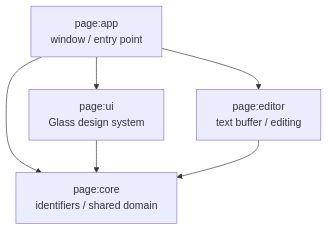
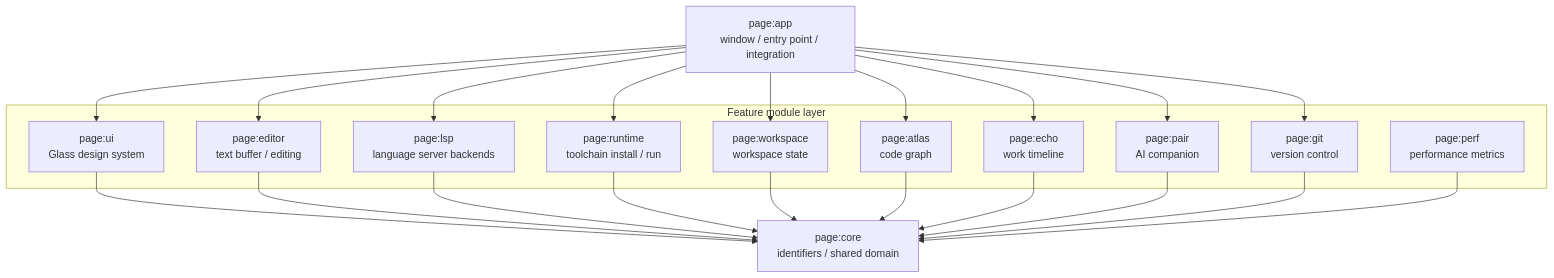
Before and after one commit to Monkshark/PAGE_IDE: the diagram in README_en.md, drawn with Mermaid. The commit also changed other lines of this file and 1 other file, not shown here.

````diff
--- a/README_en.md
+++ b/README_en.md
@@ -35,13 +56,22 @@
 ```mermaid
 graph TD
-    app[page:app<br/>window / entry point]
-    ui[page:ui<br/>Glass design system]
-    editor[page:editor<br/>text buffer / editing]
+    app[page:app<br/>window / entry point / integration]
+
+    subgraph Feature module layer
+        ui[page:ui<br/>Glass design system]
+        editor[page:editor<br/>text buffer / editing]
+        lsp[page:lsp<br/>language server backends]
+        runtime[page:runtime<br/>toolchain install / run]
+        workspace[page:workspace<br/>workspace state]
+        atlas[page:atlas<br/>code graph]
+        echo[page:echo<br/>work timeline]
+        pair[page:pair<br/>AI companion]
+        git[page:git<br/>version control]
+        perf[page:perf<br/>performance metrics]
+    end
+
     core[page:core<br/>identifiers / shared domain]
 
-    app --> ui
-    app --> editor
-    app --> core
-    ui --> core
-    editor --> core
+    app --> ui & editor & lsp & runtime & workspace & atlas & echo & pair & git
+    ui & editor & lsp & runtime & workspace & atlas & echo & pair & git & perf --> core
 ```
````
